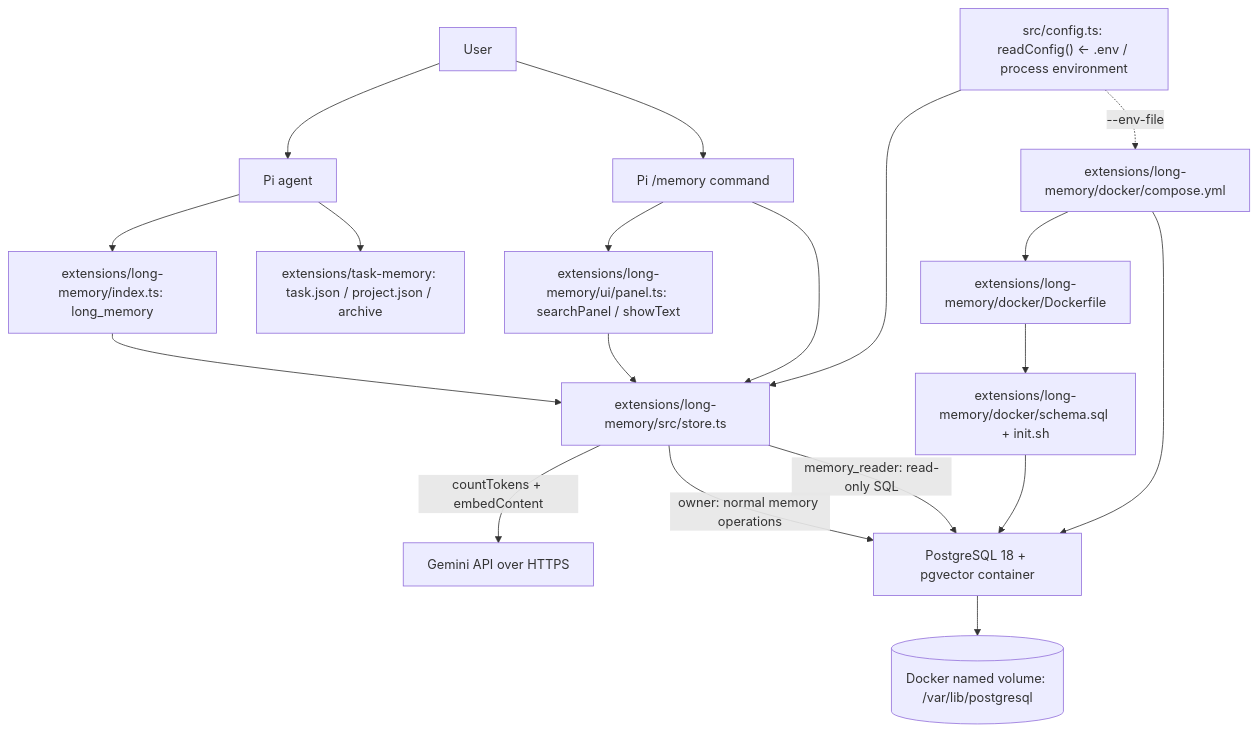
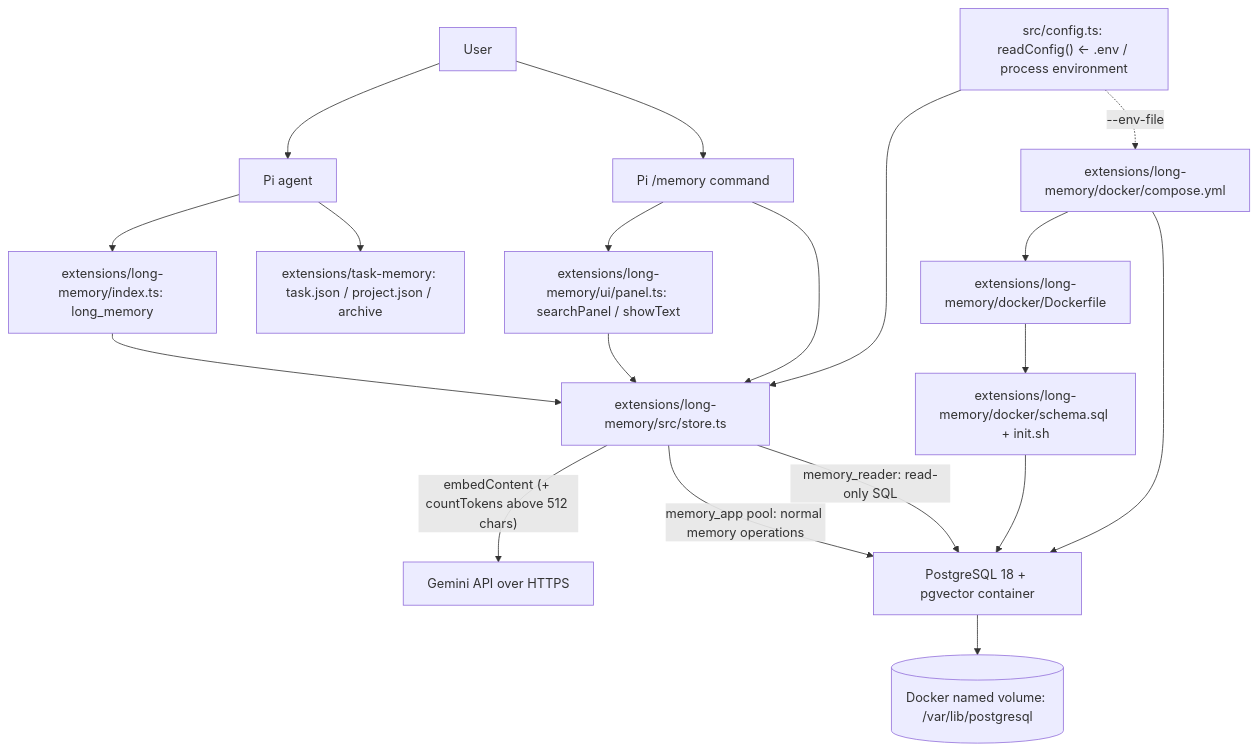
The third of 4 diagrams in extensions/long-memory/docs/DIAGRAMS.md (Marvino-Fransisco/pi-config), drawn with Mermaid before and after one commit. The commit also changed other lines of this file and 18 other files, not shown here.

````diff
--- a/extensions/long-memory/docs/DIAGRAMS.md
+++ b/extensions/long-memory/docs/DIAGRAMS.md
@@ -119,29 +119,29 @@
 ```mermaid
 flowchart TD
   USER["User"]
   AGENT["Pi agent"]
   CMD["Pi /memory command"]
   TOOL["extensions/long-memory/index.ts: long_memory"]
   SCREEN["extensions/long-memory/ui/panel.ts: searchPanel / showText"]
   STORE["extensions/long-memory/src/store.ts"]
   TASK["extensions/task-memory: task.json / project.json / archive"]
   GEMINI["Gemini API over HTTPS"]
   COMPOSE["extensions/long-memory/docker/compose.yml"]
   DOCKERFILE["extensions/long-memory/docker/Dockerfile"]
   INIT["extensions/long-memory/docker/schema.sql + init.sh"]
   PG["PostgreSQL 18 + pgvector container"]
   VOL[("Docker named volume: /var/lib/postgresql")]
   CONFIG["src/config.ts: readConfig() ← .env / process environment"]
   USER --> AGENT & CMD
   AGENT --> TOOL & TASK
   CMD --> SCREEN & STORE
   TOOL --> STORE
   SCREEN --> STORE
-  STORE -->|"countTokens + embedContent"| GEMINI
-  STORE -->|"owner: normal memory operations"| PG
+  STORE -->|"embedContent (+ countTokens above 512 chars)"| GEMINI
+  STORE -->|"memory_app pool: normal memory operations"| PG
   STORE -->|"memory_reader: read-only SQL"| PG
   CONFIG --> STORE
   CONFIG -.->|"--env-file"| COMPOSE
   COMPOSE --> DOCKERFILE --> INIT --> PG
   COMPOSE --> PG --> VOL
 ```
````
